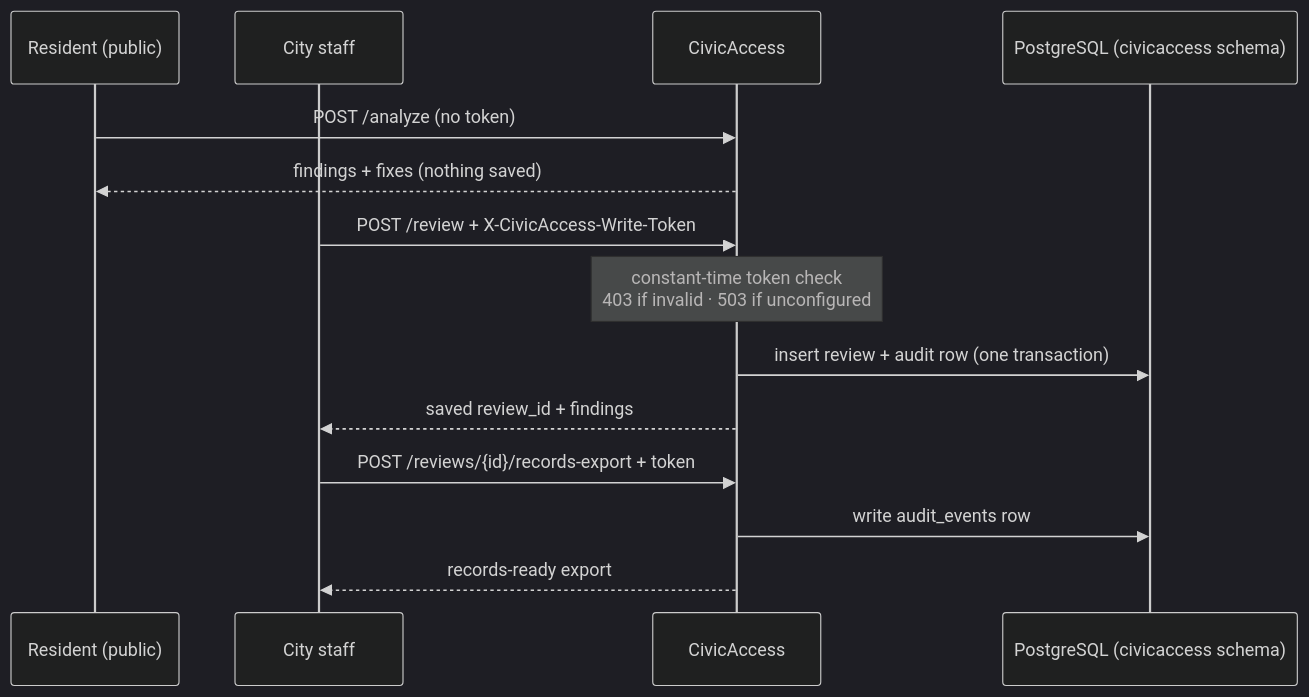
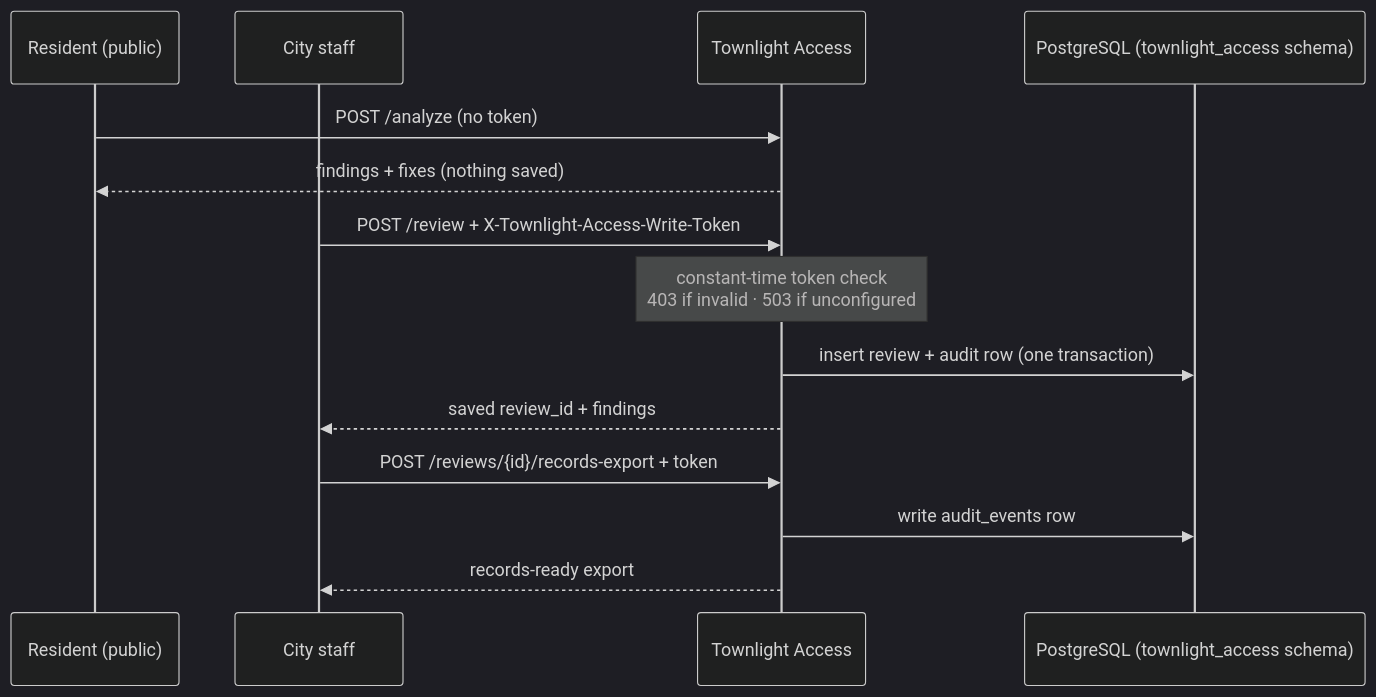
Before and after one commit to townlight/access: the second of 3 diagrams in USER-MANUAL.md, drawn with Mermaid (dark theme). The commit also changed other lines of this file and 47 other files, not shown here.

````diff
--- a/USER-MANUAL.md
+++ b/USER-MANUAL.md
@@ -103,19 +124,19 @@
 ```mermaid
 sequenceDiagram
   participant R as Resident (public)
   participant S as City staff
-  participant CA as CivicAccess
-  participant DB as PostgreSQL (civicaccess schema)
+  participant CA as Townlight Access
+  participant DB as PostgreSQL (townlight_access schema)
 
   R->>CA: POST /analyze (no token)
   CA-->>R: findings + fixes (nothing saved)
 
-  S->>CA: POST /review + X-CivicAccess-Write-Token
+  S->>CA: POST /review + X-Townlight-Access-Write-Token
   Note over CA: constant-time token check<br/>403 if invalid · 503 if unconfigured
   CA->>DB: insert review + audit row (one transaction)
   CA-->>S: saved review_id + findings
 
   S->>CA: POST /reviews/{id}/records-export + token
   CA->>DB: write audit_events row
   CA-->>S: records-ready export
 ```
````
